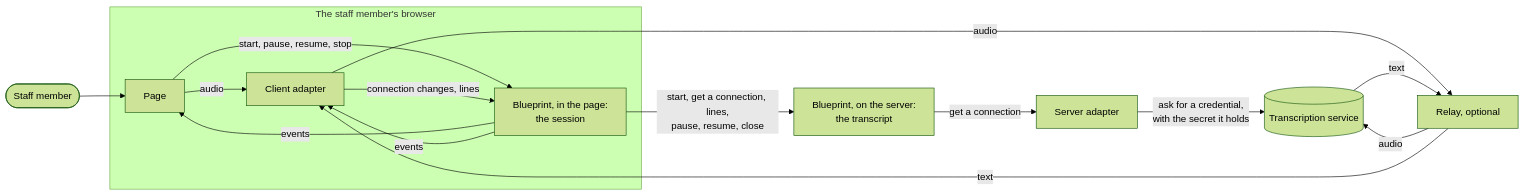
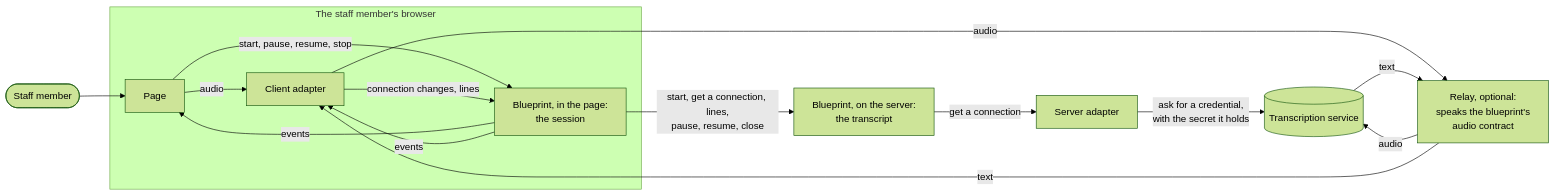
Before and after one commit to codeforamerica/safety-net-blueprint: the first of 6 diagrams in docs/architecture/domains/communication.md, drawn with Mermaid (forest theme). The commit also changed other lines of this file, not shown here.

First line of the commit message:
Name the audio contract on the relay, and settle phase 3's last questions

````diff
--- a/docs/architecture/domains/communication.md
+++ b/docs/architecture/domains/communication.md
@@ -91,18 +91,18 @@
 ```mermaid
 flowchart LR
   staff([Staff member]) --> page
   subgraph browser [The staff member's browser]
     page[Page] -- audio --> client[Client adapter]
     page -- start, pause, resume, stop --> session[Blueprint, in the page:<br/>the session]
     client -- connection changes, lines --> session
     session -- events --> page
     session -- events --> client
   end
-  client -- audio --> relay[Relay, optional]
+  client -- audio --> relay[Relay, optional:<br/>speaks the blueprint's<br/>audio contract]
   relay -- audio --> service[(Transcription service)]
   service -- text --> relay
   relay -- text --> client
   session -- start, get a connection, lines,<br/>pause, resume, close --> server[Blueprint, on the server:<br/>the transcript]
   server -- get a connection --> adapter[Server adapter]
   adapter -- ask for a credential,<br/>with the secret it holds --> service
 ```
````
